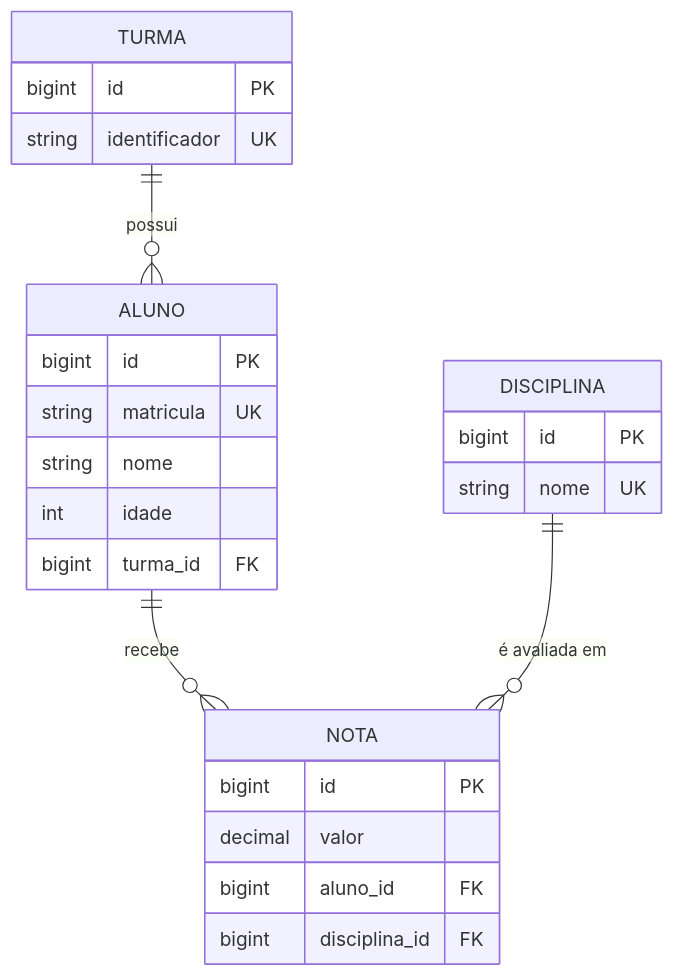
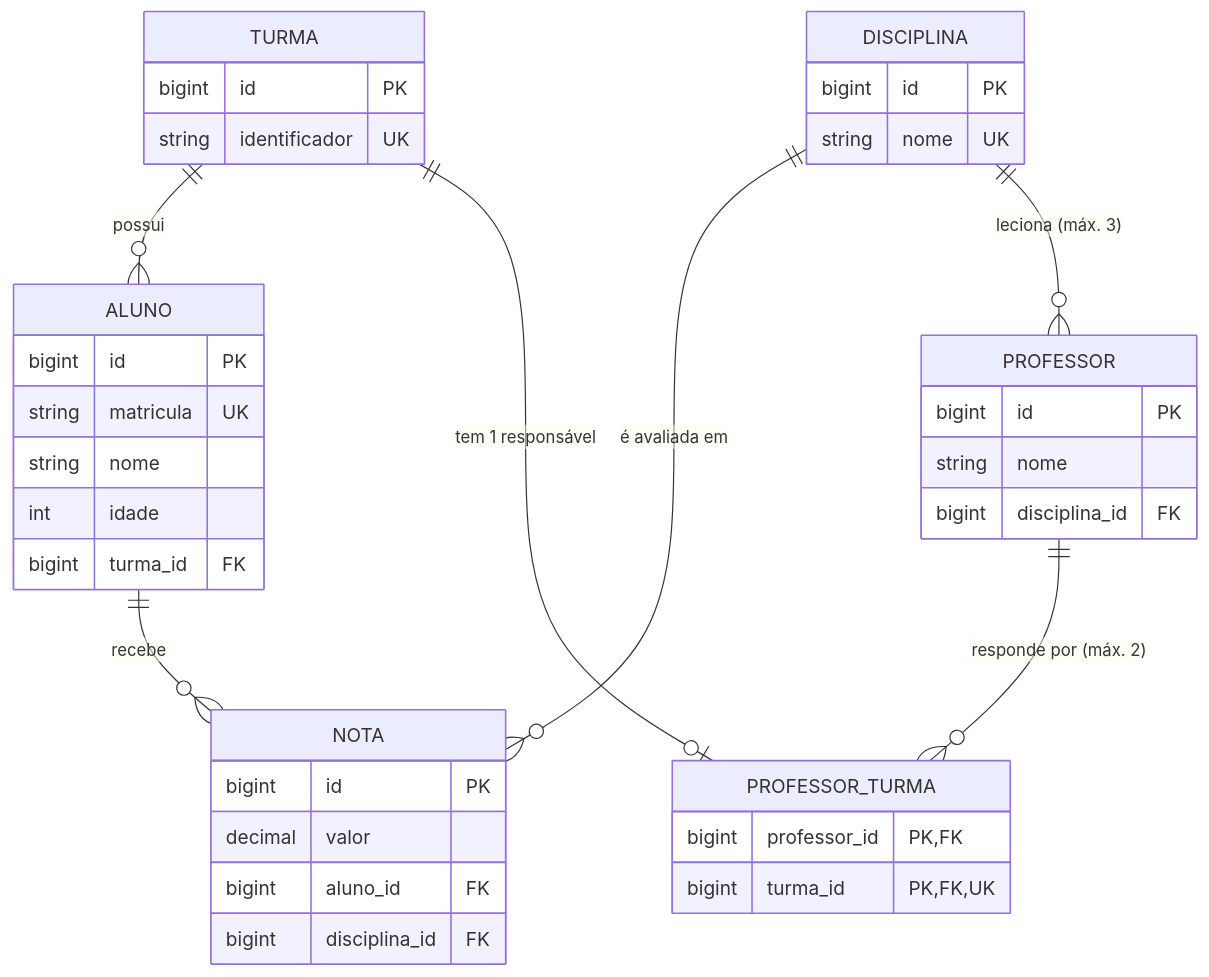
Before and after one commit to niludev02/EduSpring: the second of 2 diagrams in README.md, drawn with Mermaid. The commit also changed other lines of this file and 2 other files, not shown here.

````diff
--- a/README.md
+++ b/README.md
@@ -82,19 +116,40 @@
 ```mermaid
 erDiagram
     TURMA ||--o{ ALUNO : possui
     ALUNO ||--o{ NOTA : recebe
     DISCIPLINA ||--o{ NOTA : "é avaliada em"
-    TURMA { bigint id PK
-            string identificador UK }
-    ALUNO { bigint id PK
-            string matricula UK
-            string nome
-            int idade
-            bigint turma_id FK }
-    DISCIPLINA { bigint id PK
-                 string nome UK }
-    NOTA { bigint id PK
-           decimal valor
-           bigint aluno_id FK
-           bigint disciplina_id FK }
+    DISCIPLINA ||--o{ PROFESSOR : "leciona (máx. 3)"
+    PROFESSOR ||--o{ PROFESSOR_TURMA : "responde por (máx. 2)"
+    TURMA ||--o| PROFESSOR_TURMA : "tem 1 responsável"
+
+    TURMA {
+        bigint id PK
+        string identificador UK
+    }
+    ALUNO {
+        bigint id PK
+        string matricula UK
+        string nome
+        int idade
+        bigint turma_id FK
+    }
+    DISCIPLINA {
+        bigint id PK
+        string nome UK
+    }
+    NOTA {
+        bigint id PK
+        decimal valor
+        bigint aluno_id FK
+        bigint disciplina_id FK
+    }
+    PROFESSOR {
+        bigint id PK
+        string nome
+        bigint disciplina_id FK
+    }
+    PROFESSOR_TURMA {
+        bigint professor_id PK, FK
+        bigint turma_id PK, FK, UK
+    }
 ```
````
